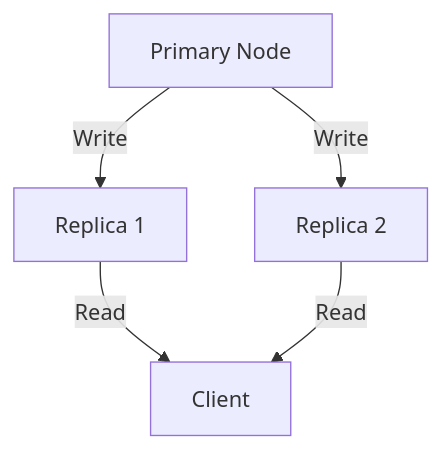
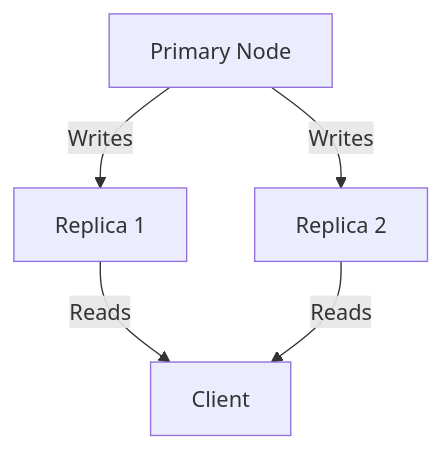
Before and after one commit to VrushankPatel/interview-matters: the first of 3 diagrams in replication-vs-sharding-vs-partitioning/README.md, drawn with Mermaid. The commit also changed other lines of this file and 8 other files, not shown here.

````diff
--- a/replication-vs-sharding-vs-partitioning/README.md
+++ b/replication-vs-sharding-vs-partitioning/README.md
@@ -28,7 +41,7 @@
 ```mermaid
 graph TD
-    A[Primary Node] -->|Write| B[Replica 1]
-    A -->|Write| C[Replica 2]
-    B -->|Read| D[Client]
-    C -->|Read| D
+    A[Primary Node] -->|Writes| B[Replica 1]
+    A -->|Writes| C[Replica 2]
+    B -->|Reads| D[Client]
+    C -->|Reads| D
 ```
````
